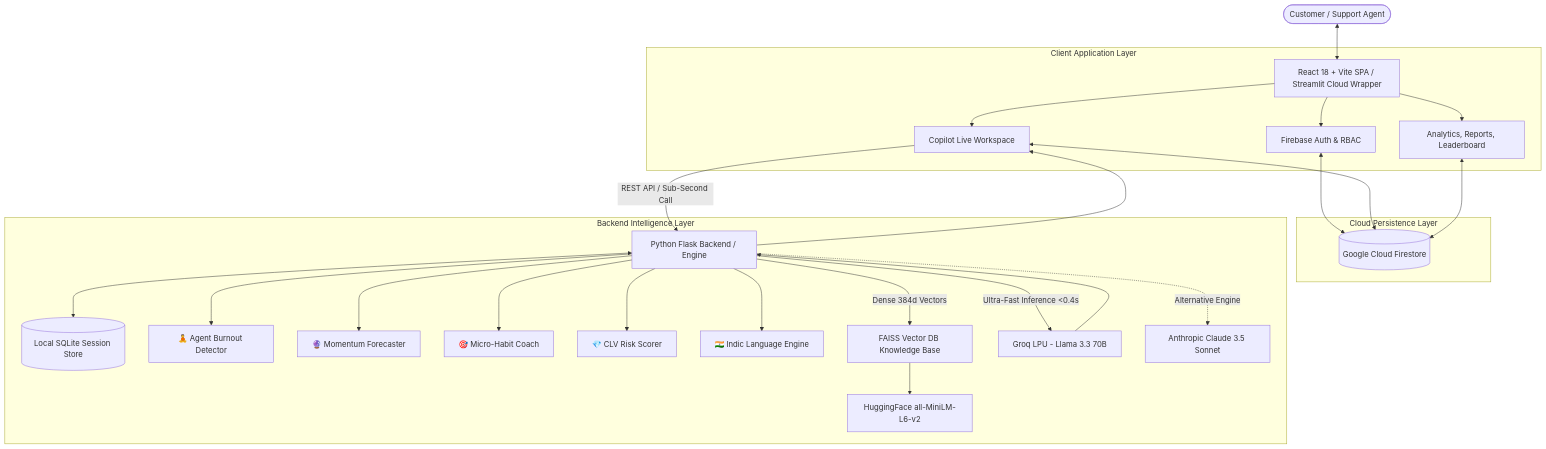
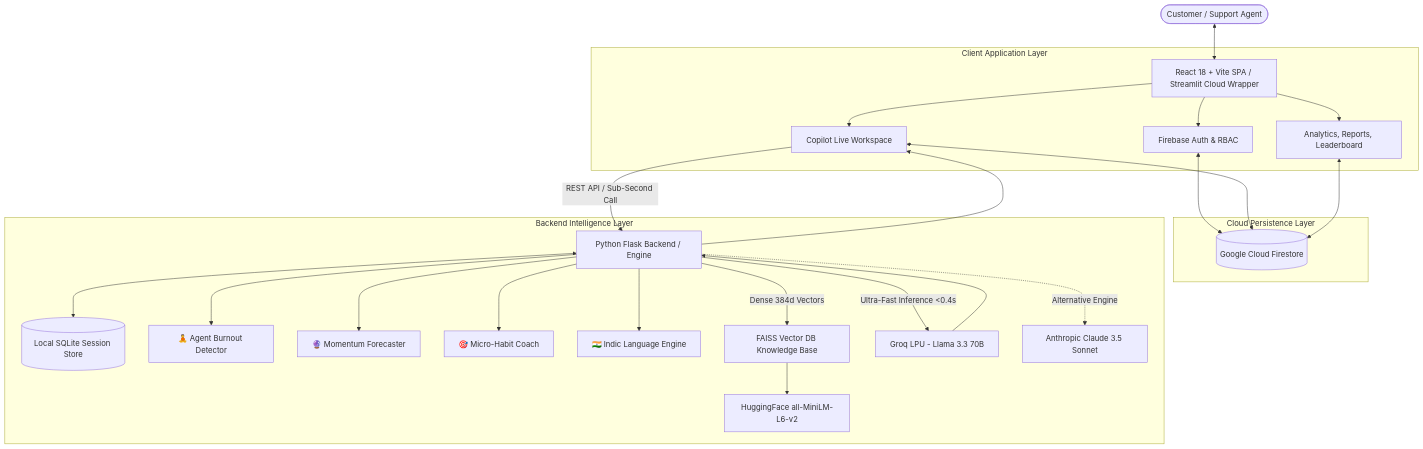
One commit to Guptanshu44/Customer-support-assistant changed the diagram in README.md. Above: the diagram before and after it, drawn with Mermaid. The commit also changed other lines of this file and 9 other files, not shown here.

Commit message:
feat(copilot): remove Revenue at Risk card and related CLV risk code

````diff
--- a/README.md
+++ b/README.md
@@ -126,36 +122,35 @@
 ```mermaid
 graph TD
     User([Customer / Support Agent]) <--> Frontend[React 18 + Vite SPA / Streamlit Cloud Wrapper]
     
     subgraph Client Application Layer
         Frontend --> AuthState[Firebase Auth & RBAC]
         Frontend --> Workspace[Copilot Live Workspace]
         Frontend --> Dashboards[Analytics, Reports, Leaderboard]
     end
 
     subgraph Cloud Persistence Layer
         AuthState <--> Firestore[(Google Cloud Firestore)]
         Workspace <--> Firestore
         Dashboards <--> Firestore
     end
 
     subgraph Backend Intelligence Layer
         Workspace -->|REST API / Sub-Second Call| FlaskServer[Python Flask Backend / Engine]
         FlaskServer <--> SQLiteDB[(Local SQLite Session Store)]
         
         FlaskServer --> EngineBurnout[🧘 Agent Burnout Detector]
         FlaskServer --> EngineMomentum[🔮 Momentum Forecaster]
         FlaskServer --> EngineHabit[🎯 Micro-Habit Coach]
-        FlaskServer --> EngineCLV[💎 CLV Risk Scorer]
         FlaskServer --> EngineIndic[🇮🇳 Indic Language Engine]
         
         FlaskServer -->|Dense 384d Vectors| FAISS[FAISS Vector DB Knowledge Base]
         FAISS --> Embeddings[HuggingFace all-MiniLM-L6-v2]
         
         FlaskServer -->|Ultra-Fast Inference <0.4s| GroqLLM[Groq LPU - Llama 3.3 70B]
         FlaskServer -.->|Alternative Engine| ClaudeLLM[Anthropic Claude 3.5 Sonnet]
     end
 
     GroqLLM --> FlaskServer
     FlaskServer --> Workspace
 ```
````
